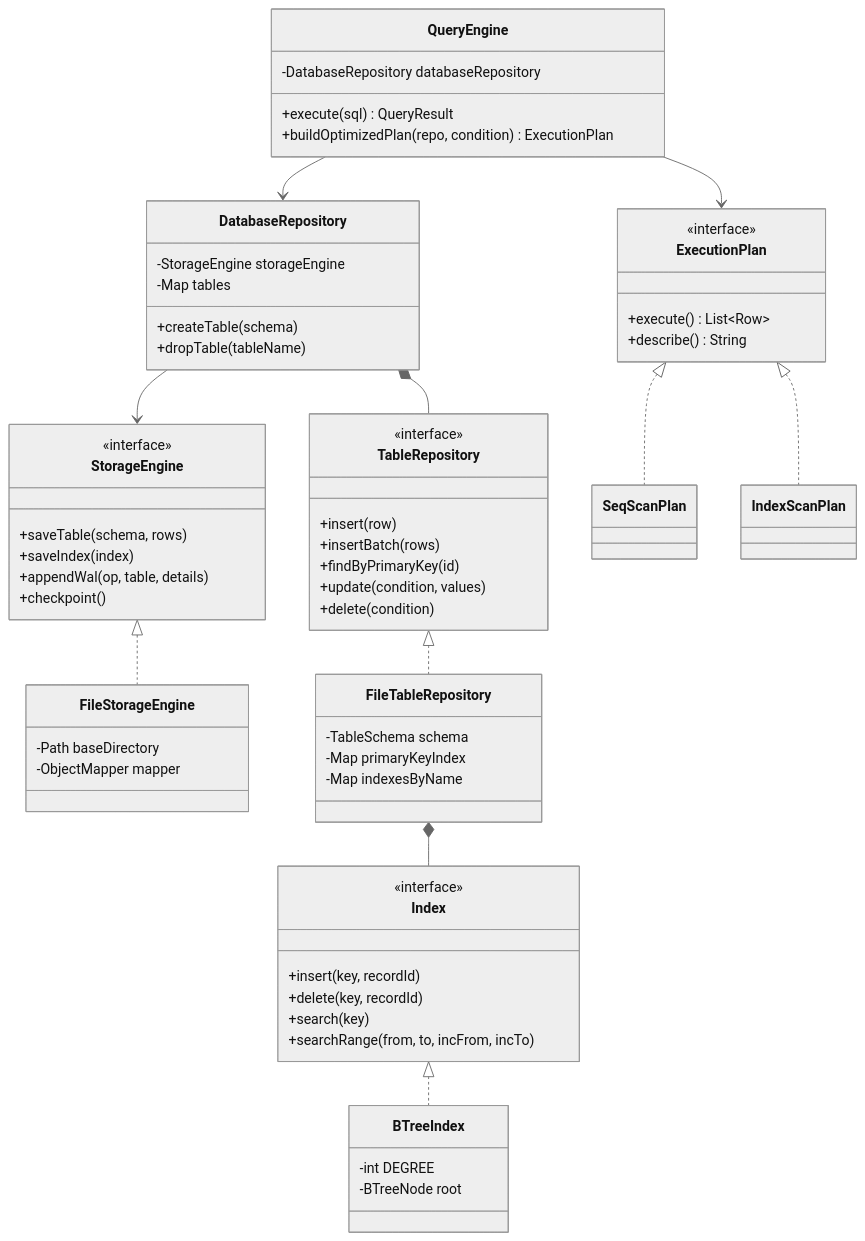
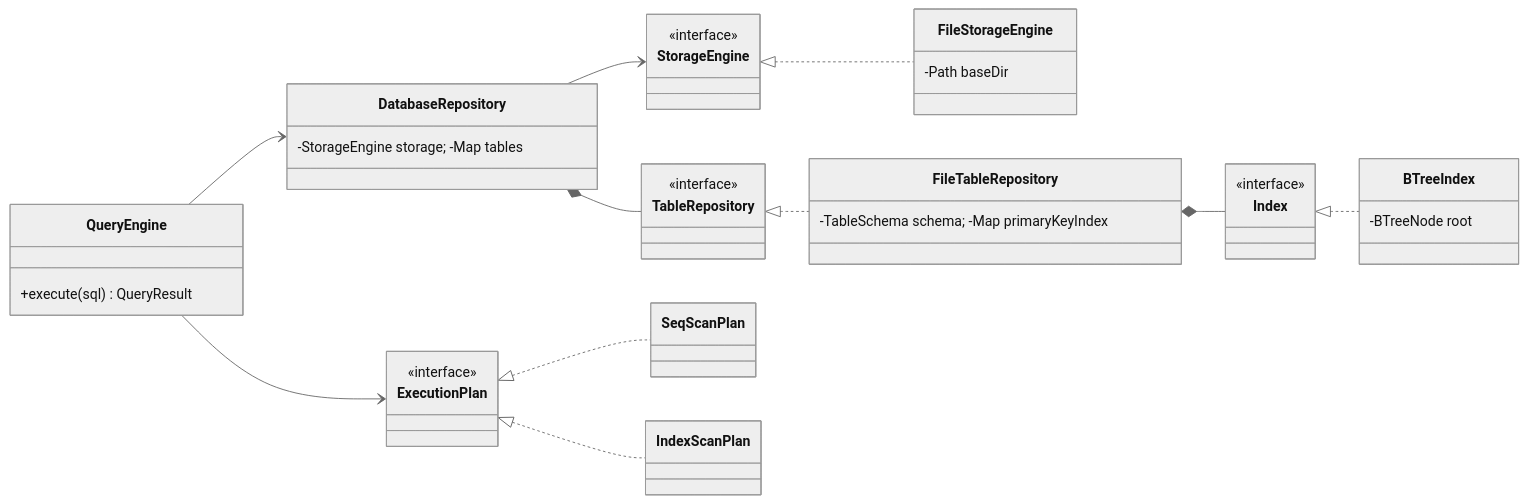
Before and after one commit to DanislonZombovich/simple-db: the first of 2 diagrams in README.md, drawn with Mermaid (neutral theme). The commit also changed other lines of this file and 11 other files, not shown here.

````diff
--- a/README.md
+++ b/README.md
@@ -91,67 +66,26 @@
 ```mermaid
 classDiagram
-    class StorageEngine {
-        <<interface>>
-        +saveTable(schema, rows)
-        +saveIndex(index)
-        +appendWal(op, table, details)
-        +checkpoint()
-    }
-    class FileStorageEngine {
-        -Path baseDirectory
-        -ObjectMapper mapper
-    }
-    class TableRepository {
-        <<interface>>
-        +insert(row)
-        +insertBatch(rows)
-        +findByPrimaryKey(id)
-        +update(condition, values)
-        +delete(condition)
-    }
-    class FileTableRepository {
-        -TableSchema schema
-        -Map primaryKeyIndex
-        -Map indexesByName
-    }
-    class DatabaseRepository {
-        -StorageEngine storageEngine
-        -Map tables
-        +createTable(schema)
-        +dropTable(tableName)
-    }
-    class Index {
-        <<interface>>
-        +insert(key, recordId)
-        +delete(key, recordId)
-        +search(key)
-        +searchRange(from, to, incFrom, incTo)
-    }
-    class BTreeIndex {
-        -int DEGREE
-        -BTreeNode root
-    }
-    class QueryEngine {
-        -DatabaseRepository databaseRepository
-        +execute(sql) QueryResult
-        +buildOptimizedPlan(repo, condition) ExecutionPlan
-    }
-    class ExecutionPlan {
-        <<interface>>
-        +execute() List~Row~
-        +describe() String
-    }
+    direction LR
+    class StorageEngine { <<interface>> }
+    class FileStorageEngine { -Path baseDir }
+    class TableRepository { <<interface>> }
+    class FileTableRepository { -TableSchema schema; -Map primaryKeyIndex }
+    class DatabaseRepository { -StorageEngine storage; -Map tables }
+    class Index { <<interface>> }
+    class BTreeIndex { -BTreeNode root }
+    class QueryEngine { +execute(sql) QueryResult }
+    class ExecutionPlan { <<interface>> }
     class SeqScanPlan
     class IndexScanPlan
 
     StorageEngine <|.. FileStorageEngine
     TableRepository <|.. FileTableRepository
     DatabaseRepository --> StorageEngine
     DatabaseRepository *-- TableRepository
     FileTableRepository *-- Index
     Index <|.. BTreeIndex
     QueryEngine --> DatabaseRepository
     QueryEngine --> ExecutionPlan
     ExecutionPlan <|.. SeqScanPlan
     ExecutionPlan <|.. IndexScanPlan
 ```
````
